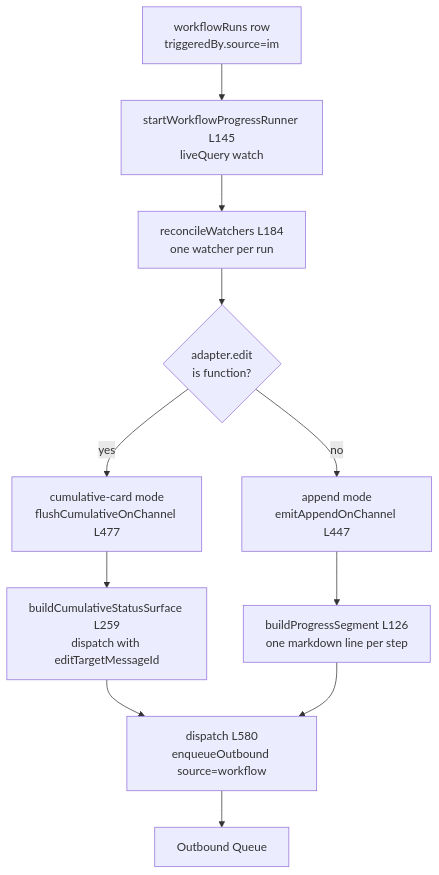
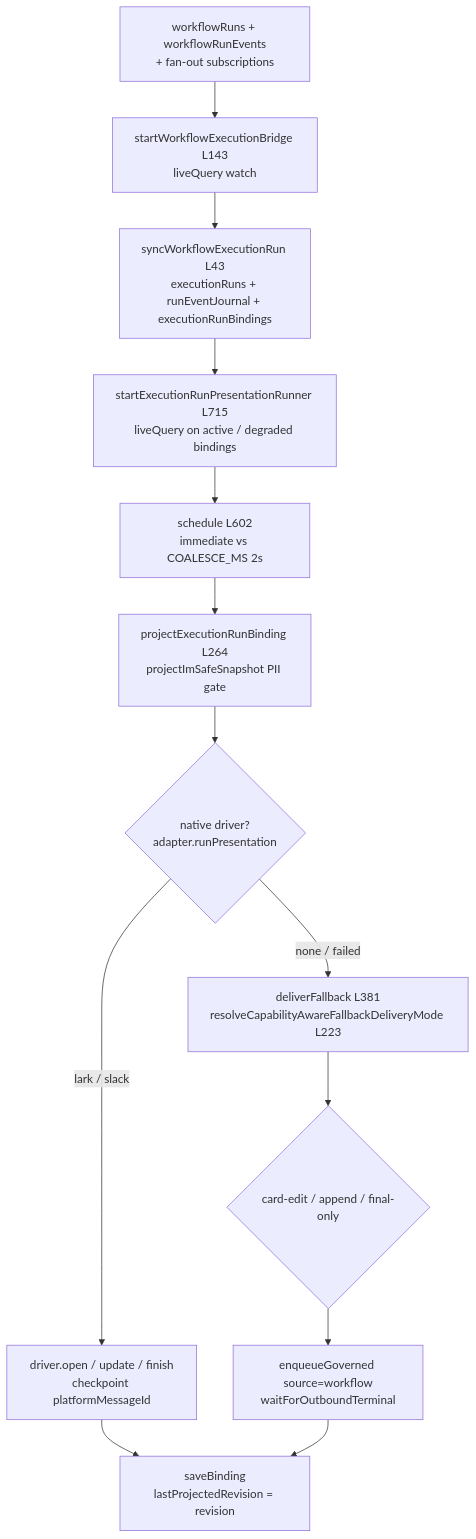
One commit to MaxQian888/cognia-next changed the third of 3 diagrams in docs/content/docs/en/subsystems/platform-connectors/ai-and-a2ui.mdx. Above: the diagram before and after it, drawn with Mermaid. The commit also changed other lines of this file and 61 other files, not shown here.

First line of the commit message:
chore(connectors): remove dormant workflow-progress-runner and dead helpers

````diff
--- a/docs/content/docs/en/subsystems/platform-connectors/ai-and-a2ui.mdx
+++ b/docs/content/docs/en/subsystems/platform-connectors/ai-and-a2ui.mdx
@@ -194,13 +197,15 @@
 ```mermaid
 flowchart TD
-  RUN["workflowRuns row<br/>triggeredBy.source=im"] --> LQ["startWorkflowProgressRunner L145<br/>liveQuery watch"]
-  LQ --> REC["reconcileWatchers L184<br/>one watcher per run"]
-  REC --> MODE{"adapter.edit<br/>is function?"}
-  MODE -- "yes" --> CUM["cumulative-card mode<br/>flushCumulativeOnChannel L477"]
-  MODE -- "no" --> APP["append mode<br/>emitAppendOnChannel L447"]
-  CUM --> EDIT["buildCumulativeStatusSurface L259<br/>dispatch with editTargetMessageId"]
-  APP --> LINE["buildProgressSegment L126<br/>one markdown line per step"]
-  EDIT --> DISP["dispatch L580<br/>enqueueOutbound source=workflow"]
-  LINE --> DISP
-  DISP --> ENQ["Outbound Queue"]
+  RUN["workflowRuns + workflowRunEvents<br/>+ fan-out subscriptions"] --> BR["startWorkflowExecutionBridge L143<br/>liveQuery watch"]
+  BR --> SYNC["syncWorkflowExecutionRun L43<br/>executionRuns + runEventJournal + executionRunBindings"]
+  SYNC --> PR["startExecutionRunPresentationRunner L715<br/>liveQuery on active / degraded bindings"]
+  PR --> SCH["schedule L602<br/>immediate vs COALESCE_MS 2s"]
+  SCH --> PROJ["projectExecutionRunBinding L264<br/>projectImSafeSnapshot PII gate"]
+  PROJ --> NAT{"native driver?<br/>adapter.runPresentation"}
+  NAT -- "lark / slack" --> DRV["driver.open / update / finish<br/>checkpoint platformMessageId"]
+  NAT -- "none / failed" --> FB["deliverFallback L381<br/>resolveCapabilityAwareFallbackDeliveryMode L223"]
+  FB --> MODE{"card-edit / append / final-only"}
+  MODE --> ENQ["enqueueGoverned source=workflow<br/>waitForOutboundTerminal"]
+  DRV --> SAVE["saveBinding<br/>lastProjectedRevision = revision"]
+  ENQ --> SAVE
 ```
````
